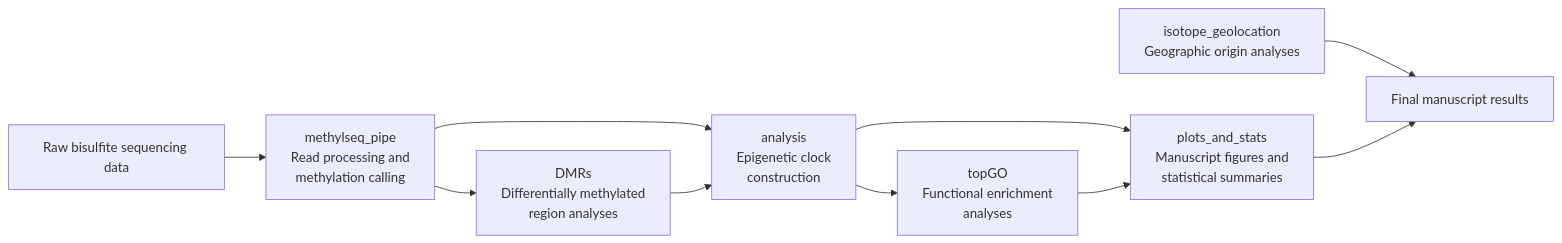
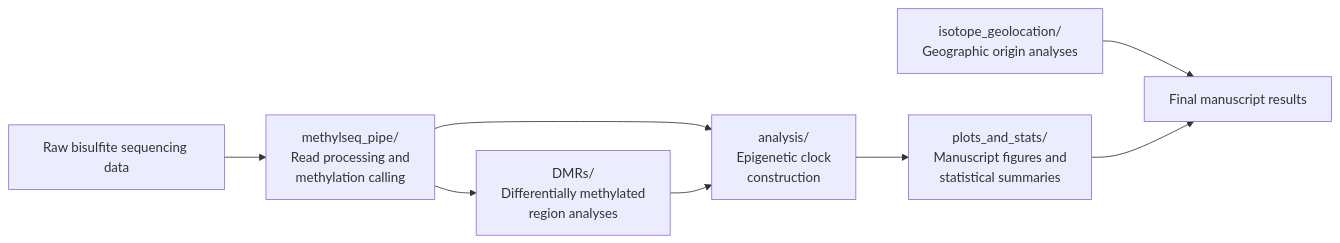
One commit to JesperBoman/Butterfly_DNAm_age changed the diagram in README.md. Above: the diagram before and after it, drawn with Mermaid.

````diff
--- a/README.md
+++ b/README.md
@@ -21,40 +21,34 @@
 ```mermaid
 flowchart LR
 
     A[Raw bisulfite sequencing data]
 
-    B[methylseq_pipe
+    B[methylseq_pipe/
     Read processing and
     methylation calling]
 
-    C[analysis
+    C[analysis/
     Epigenetic clock
     construction]
 
-    D[DMRs
+    D[DMRs/
     Differentially methylated
     region analyses]
 
-    E[topGO
-    Functional enrichment
-    analyses]
-
-    F[plots_and_stats
+    F[plots_and_stats/
     Manuscript figures and
     statistical summaries]
 
-    G[isotope_geolocation
+    G[isotope_geolocation/
     Geographic origin analyses]
 
     H[Final manuscript results]
 
     A --> B
     B --> C
     B --> D
     D --> C
-    C --> E
     C --> F
-    E --> F
     G --> H
     F --> H
 ```
````
